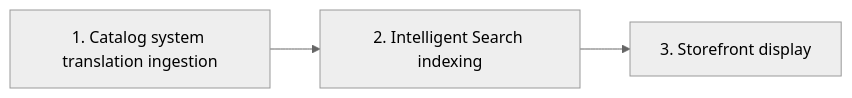
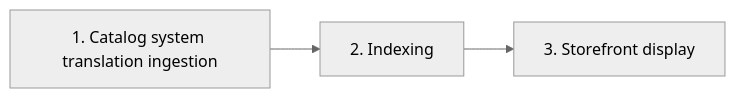
Before and after one commit to vtexdocs/dev-portal-content: the diagram in docs/guides/Catalog/Multi-language/catalog-multi-language-integration-guide.md, drawn with Mermaid (neutral theme). The commit also changed other lines of this file, not shown here.

````diff
--- a/docs/guides/Catalog/Multi-language/catalog-multi-language-integration-guide.md
+++ b/docs/guides/Catalog/Multi-language/catalog-multi-language-integration-guide.md
@@ -41,5 +41,5 @@
 ```mermaid
 flowchart LR
-    A[1. Catalog system translation ingestion] --> B[2. Intelligent Search indexing]
+    A[1. Catalog system translation ingestion] --> B[2. Indexing]
     B --> C[3. Storefront display]
 ```
````
